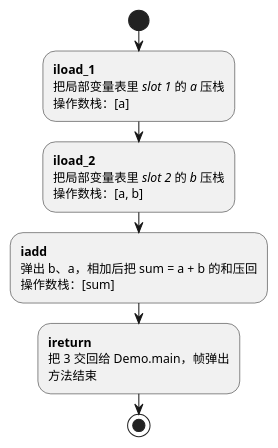
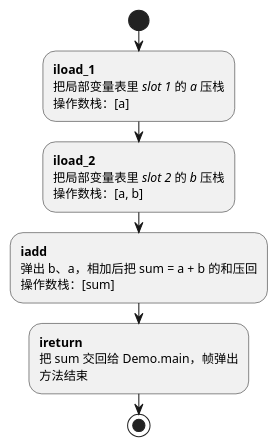
The diagram in 01/flow.puml (fanofxiaofeng/study_jvm_byte_code), drawn with PlantUML before and after one commit.

```diff
--- a/01/flow.puml
+++ b/01/flow.puml
@@ -1,16 +1,16 @@
 @startuml
 start
 :**iload_1**
 把局部变量表里 //slot 1// 的 //a// 压栈
 操作数栈：[a];
 :**iload_2**
 把局部变量表里 //slot 2// 的 //b// 压栈
 操作数栈：[a, b];
 :**iadd**
 弹出 b、a，相加后把 sum = a + b 的和压回
 操作数栈：[sum];
 :**ireturn**
-把 3 交回给 Demo.main，帧弹出
+把 sum 交回给 Demo.main，帧弹出
 方法结束;
 stop
 @enduml
```
